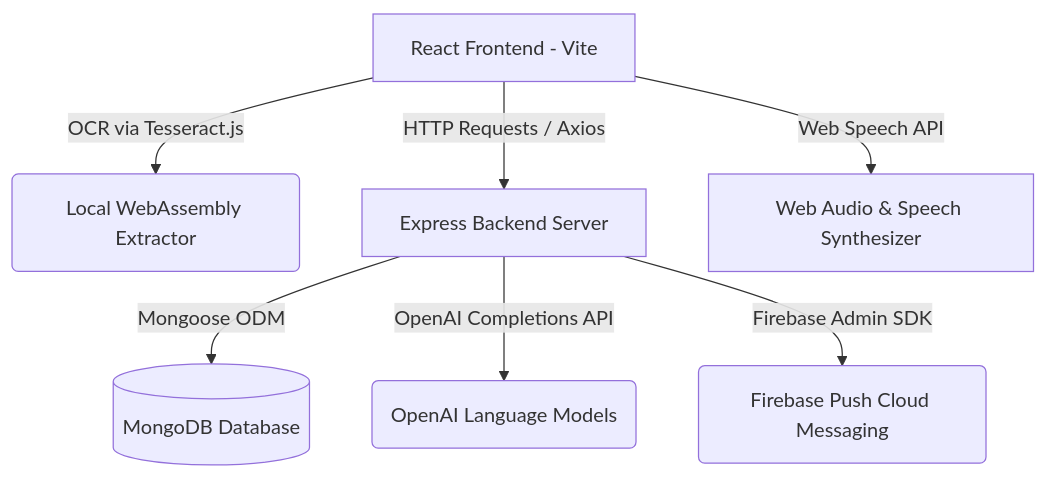
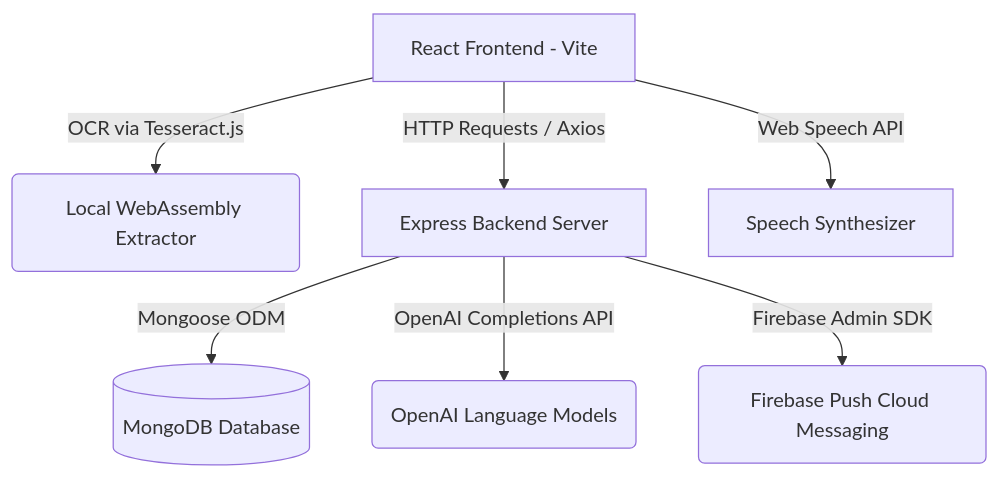
The diagram in PRD.md (TisaChoudhary/Medicare), drawn with Mermaid before and after one commit. The commit also changed other lines of this file and 12 other files, not shown here.

````diff
--- a/PRD.md
+++ b/PRD.md
@@ -55,9 +48,9 @@
 ```mermaid
 graph TD
   A[React Frontend - Vite] -->|OCR via Tesseract.js| B(Local WebAssembly Extractor)
   A -->|HTTP Requests / Axios| C[Express Backend Server]
   C -->|Mongoose ODM| D[(MongoDB Database)]
   C -->|OpenAI Completions API| E(OpenAI Language Models)
   C -->|Firebase Admin SDK| F(Firebase Push Cloud Messaging)
-  A -->|Web Speech API| G[Web Audio & Speech Synthesizer]
+  A -->|Web Speech API| G[Speech Synthesizer]
 ```
````
